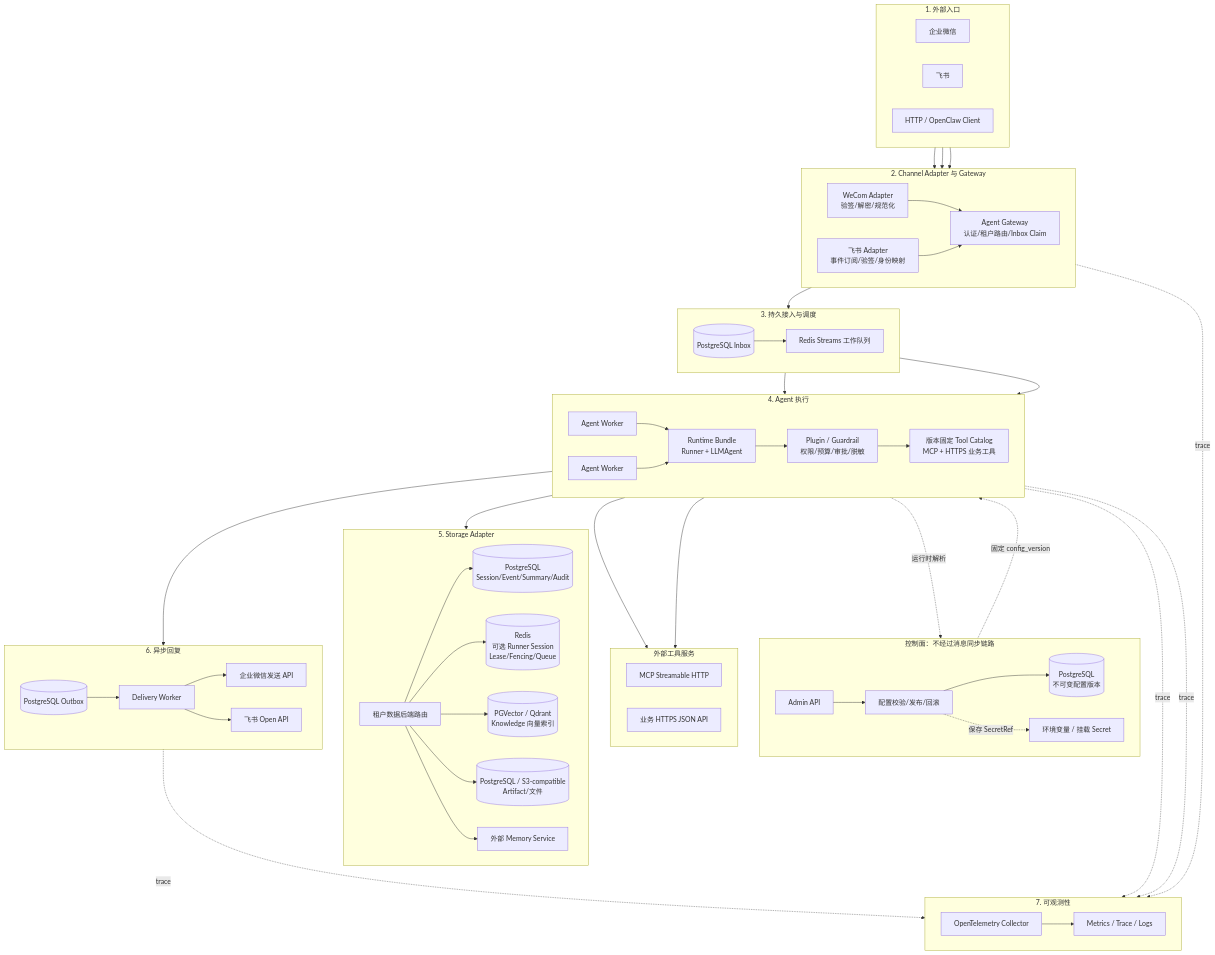
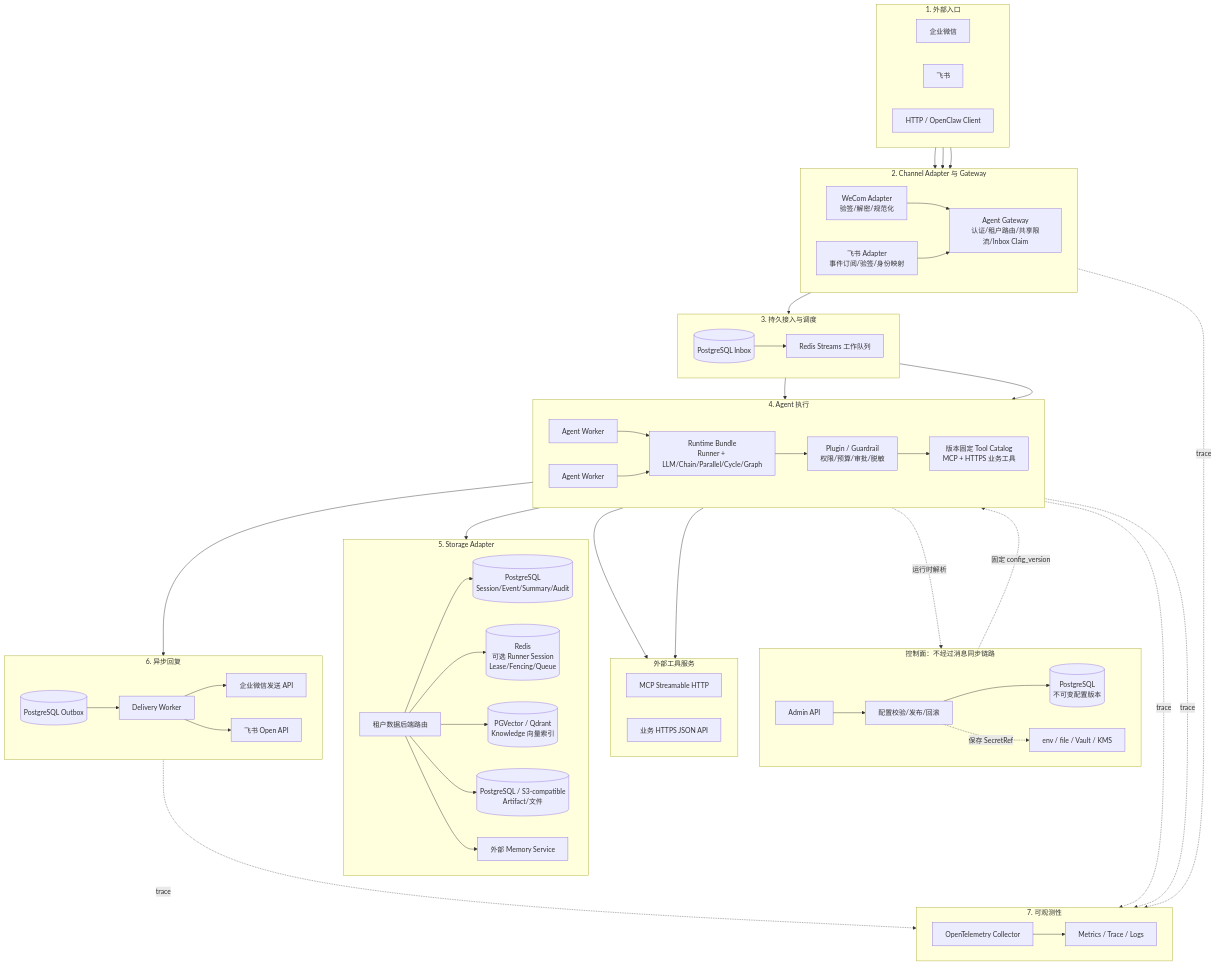
The first of 2 diagrams in docs/architecture.md (Skylm808/trpc-agent-service), drawn with Mermaid before and after one commit. The commit also changed other lines of this file and 53 other files, not shown here.

```diff
--- a/docs/architecture.md
+++ b/docs/architecture.md
@@ -25,7 +25,7 @@
         direction LR
         WCA[WeCom Adapter<br/>验签/解密/规范化]
         FSA[飞书 Adapter<br/>事件订阅/验签/身份映射]
-        GW[Agent Gateway<br/>认证/租户路由/Inbox Claim]
+        GW[Agent Gateway<br/>认证/租户路由/共享限流/Inbox Claim]
     end
 
     subgraph CONTROL["控制面：不经过消息同步链路"]
@@ -33,7 +33,7 @@
         ADMIN[Admin API]
         CFG[配置校验/发布/回滚]
         CONFIG[(PostgreSQL<br/>不可变配置版本)]
-        SECRET[环境变量 / 挂载 Secret]
+        SECRET[env / file / Vault / KMS]
     end
 
     subgraph DURABLE["3. 持久接入与调度"]
@@ -46,7 +46,7 @@
         direction LR
         WK1[Agent Worker]
         WK2[Agent Worker]
-        RB[Runtime Bundle<br/>Runner + LLMAgent]
+        RB[Runtime Bundle<br/>Runner + LLM/Chain/Parallel/Cycle/Graph]
         GOV[Plugin / Guardrail<br/>权限/预算/审批/脱敏]
         TC[版本固定 Tool Catalog<br/>MCP + HTTPS 业务工具]
     end
```
